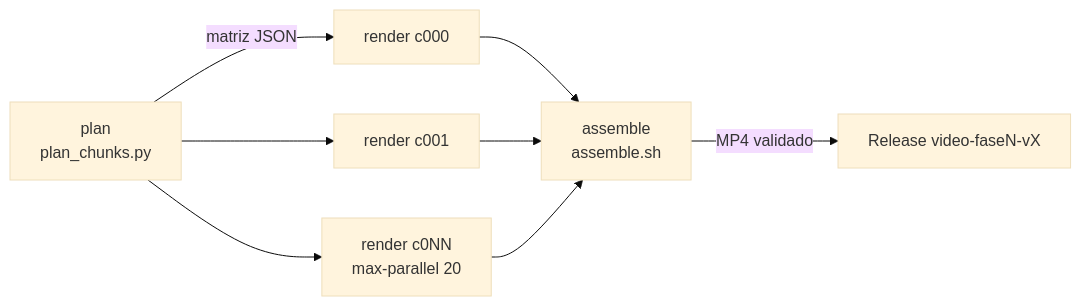
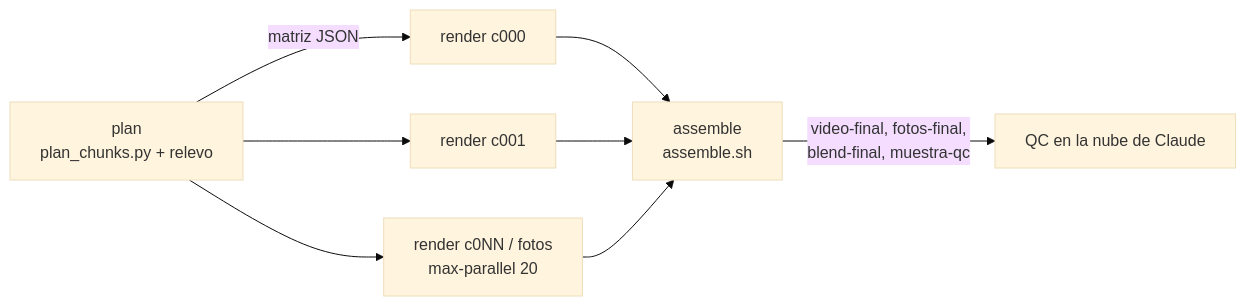
Before and after one commit to mariogarcia131/Proyecto-Blender: the second of 3 diagrams in docs/ESTRATEGIA_RENDER.md, drawn with Mermaid (base theme). The commit also changed other lines of this file and 4 other files, not shown here.

````diff
--- a/docs/ESTRATEGIA_RENDER.md
+++ b/docs/ESTRATEGIA_RENDER.md
@@ -67,10 +139,10 @@
 ```mermaid
 flowchart LR
-    P["plan<br/>plan_chunks.py"] -->|"matriz JSON"| R0["render c000"]
+    P["plan<br/>plan_chunks.py + relevo"] -->|"matriz JSON"| R0["render c000"]
     P --> R1["render c001"]
-    P --> RN["render c0NN<br/>max-parallel 20"]
+    P --> RN["render c0NN / fotos<br/>max-parallel 20"]
     R0 --> A["assemble<br/>assemble.sh"]
     R1 --> A
     RN --> A
-    A -->|"MP4 validado"| REL["Release video-faseN-vX"]
+    A -->|"video-final, fotos-final,<br/>blend-final, muestra-qc"| QC["QC en la nube de Claude"]
 ```
````
